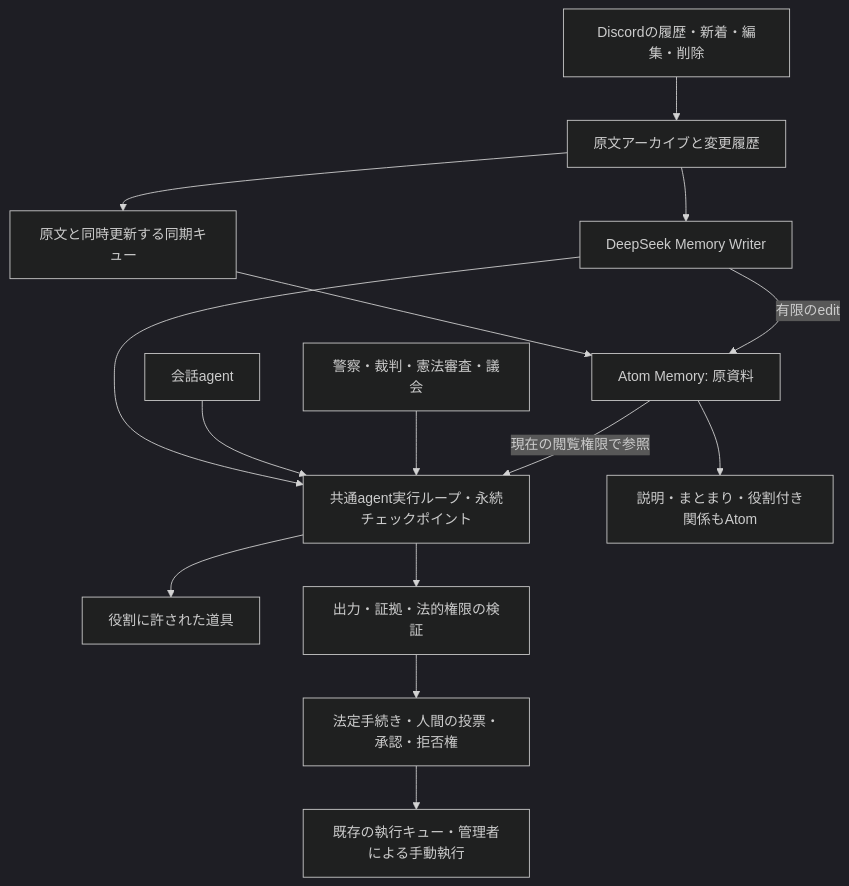
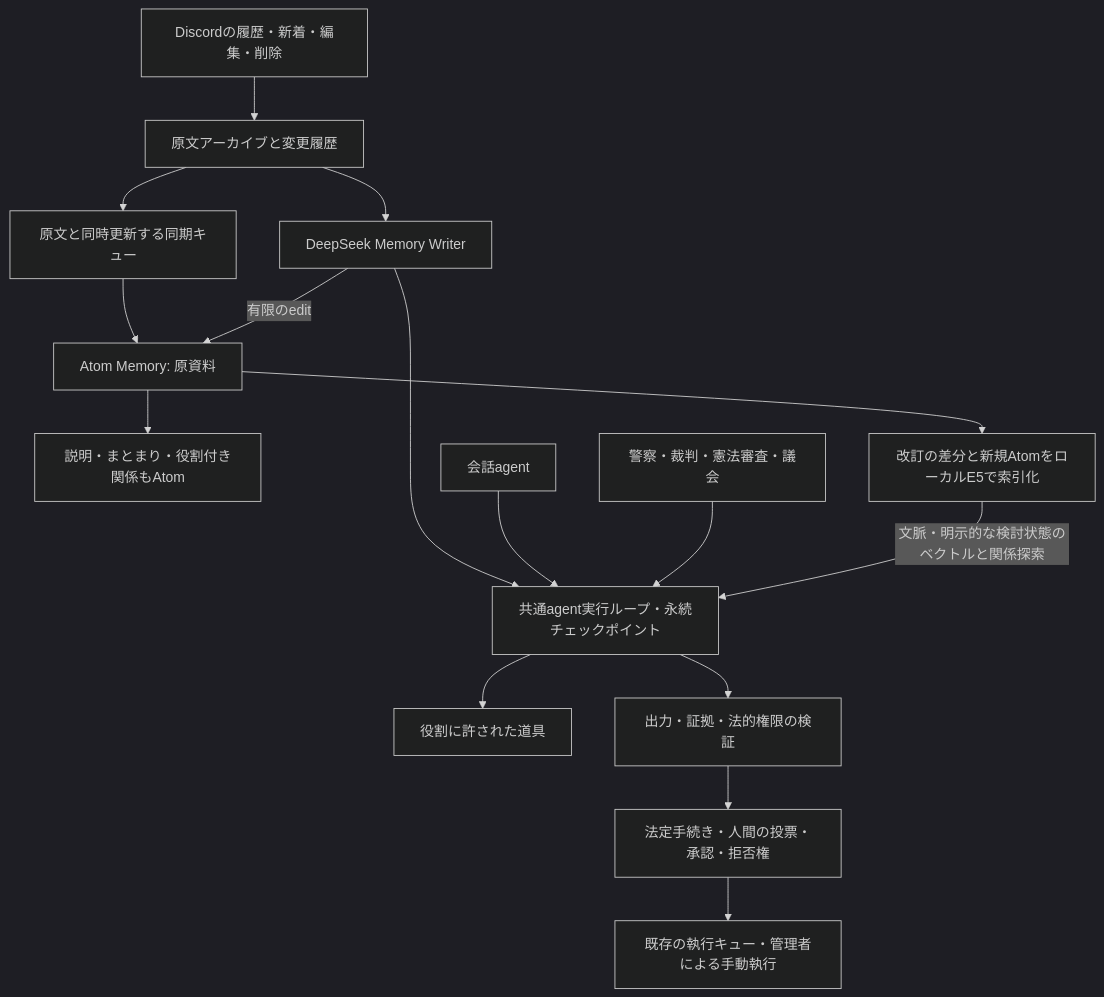
The diagram in docs/agent-architecture.md (tako0614/sakana), drawn with Mermaid (dark theme) before and after one commit. The commit also changed other lines of this file and 21 other files, not shown here.

````diff
--- a/docs/agent-architecture.md
+++ b/docs/agent-architecture.md
@@ -5,17 +5,18 @@
 ```mermaid
 flowchart TD
   Discord[Discordの履歴・新着・編集・削除] --> Archive[原文アーカイブと変更履歴]
   Archive --> Queue[原文と同時更新する同期キュー]
   Queue --> Atom[Atom Memory: 原資料]
   Archive --> Writer[DeepSeek Memory Writer]
   Writer --> Runtime
   Writer -->|有限のedit| Atom
   Atom --> Meaning[説明・まとまり・役割付き関係もAtom]
   Chat[会話agent] --> Runtime[共通agent実行ループ・永続チェックポイント]
   Institutions[警察・裁判・憲法審査・議会] --> Runtime
-  Atom -->|現在の閲覧権限で参照| Runtime
+  Atom --> Index[改訂の差分と新規AtomをローカルE5で索引化]
+  Index -->|文脈・明示的な検討状態のベクトルと関係探索| Runtime
   Runtime --> Tools[役割に許された道具]
   Runtime --> Validate[出力・証拠・法的権限の検証]
   Validate --> Workflow[法定手続き・人間の投票・承認・拒否権]
   Workflow --> Effects[既存の執行キュー・管理者による手動執行]
 ```
````
